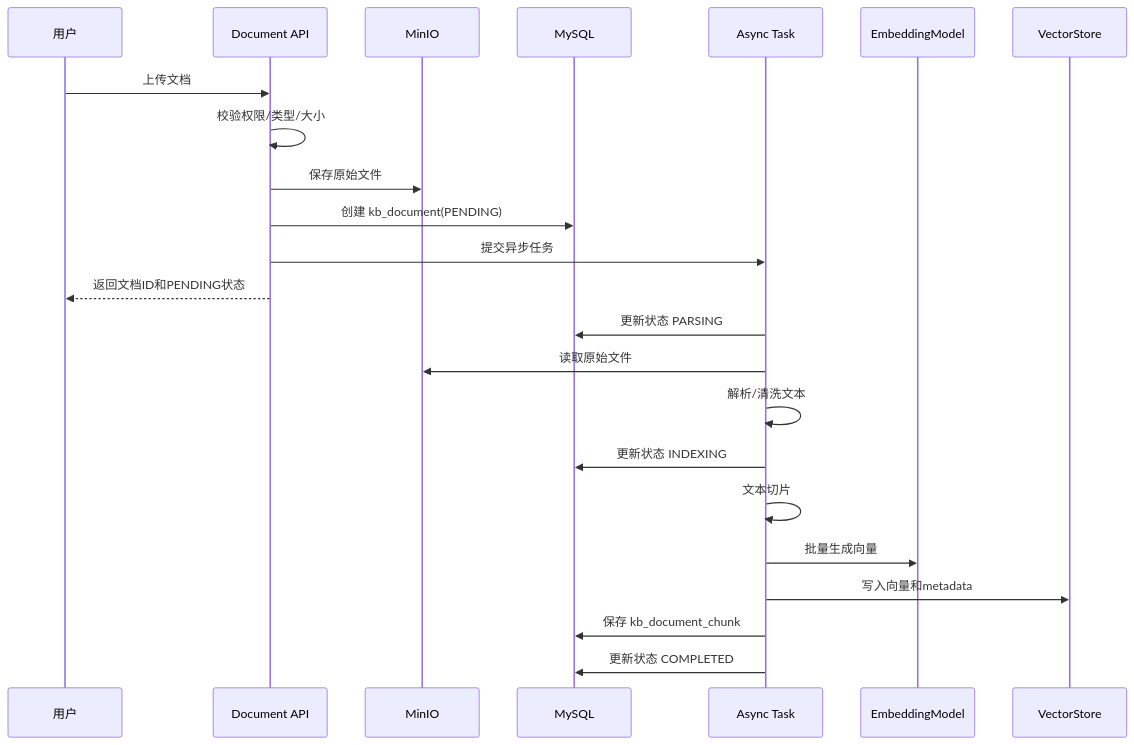
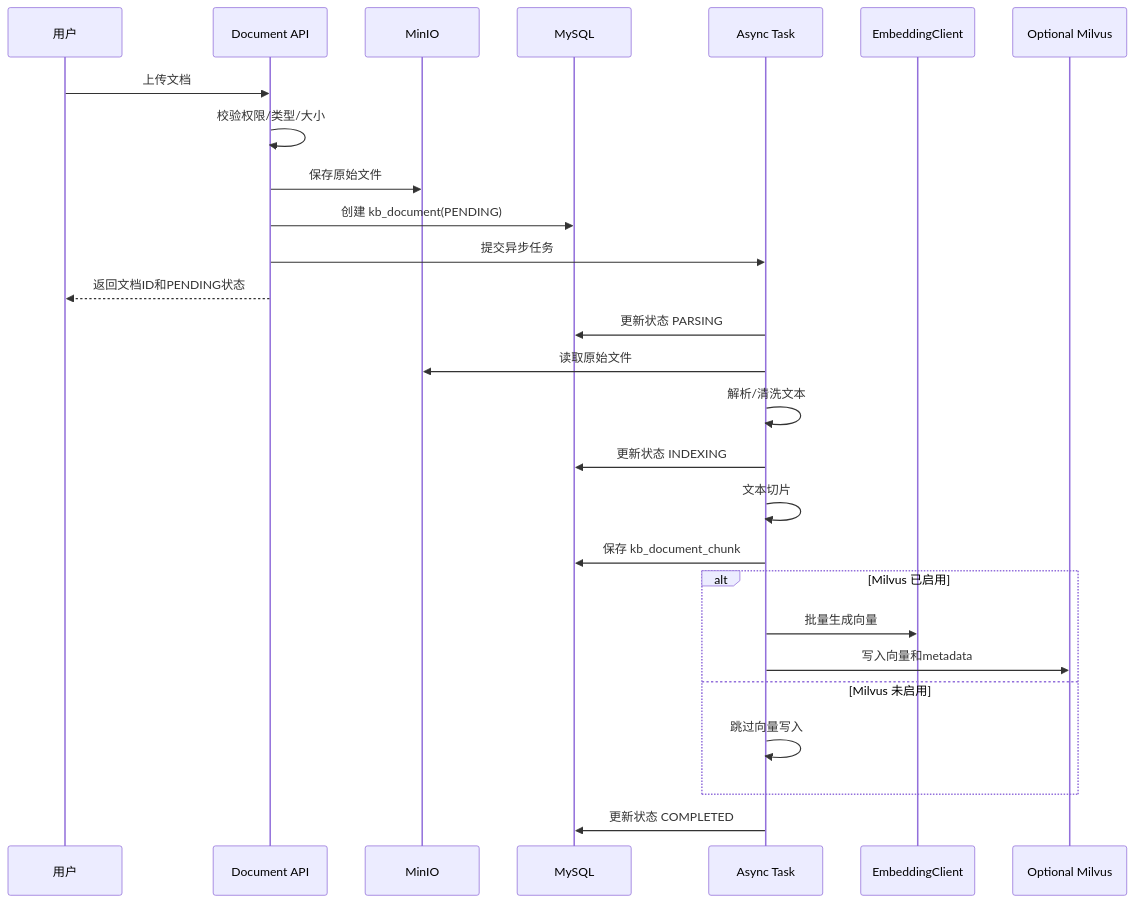
Before and after one commit to Mark001008/knowledge-base: the second of 3 diagrams in docs/AI知识库平台系统设计.md, drawn with Mermaid. The commit also changed other lines of this file and 1 other file, not shown here.

Commit message:
Update docs for optional Milvus deployment

````diff
--- a/docs/AI知识库平台系统设计.md
+++ b/docs/AI知识库平台系统设计.md
@@ -341,27 +342,31 @@
 ```mermaid
 sequenceDiagram
     participant U as 用户
     participant API as Document API
     participant M as MinIO
     participant DB as MySQL
     participant T as Async Task
-    participant E as EmbeddingModel
-    participant V as VectorStore
+    participant E as EmbeddingClient
+    participant V as Optional Milvus
 
     U->>API: 上传文档
     API->>API: 校验权限/类型/大小
     API->>M: 保存原始文件
     API->>DB: 创建 kb_document(PENDING)
     API->>T: 提交异步任务
     API-->>U: 返回文档ID和PENDING状态
 
     T->>DB: 更新状态 PARSING
     T->>M: 读取原始文件
     T->>T: 解析/清洗文本
     T->>DB: 更新状态 INDEXING
     T->>T: 文本切片
-    T->>E: 批量生成向量
-    T->>V: 写入向量和metadata
     T->>DB: 保存 kb_document_chunk
+    alt Milvus 已启用
+        T->>E: 批量生成向量
+        T->>V: 写入向量和metadata
+    else Milvus 未启用
+        T->>T: 跳过向量写入
+    end
     T->>DB: 更新状态 COMPLETED
 ```
````
